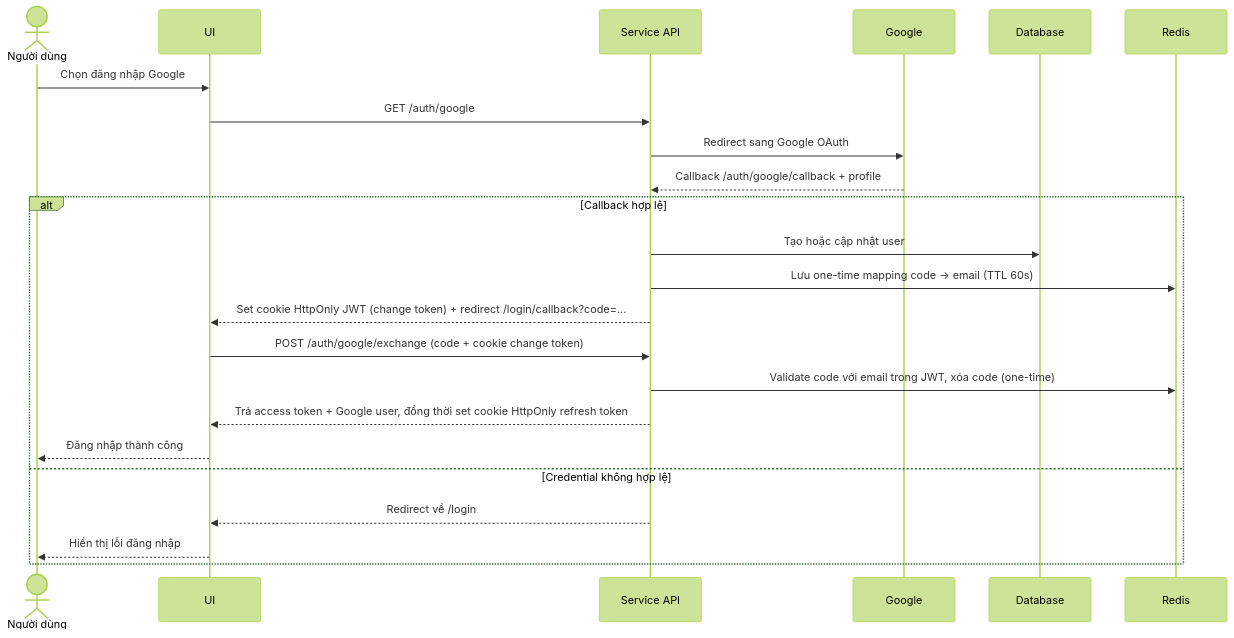
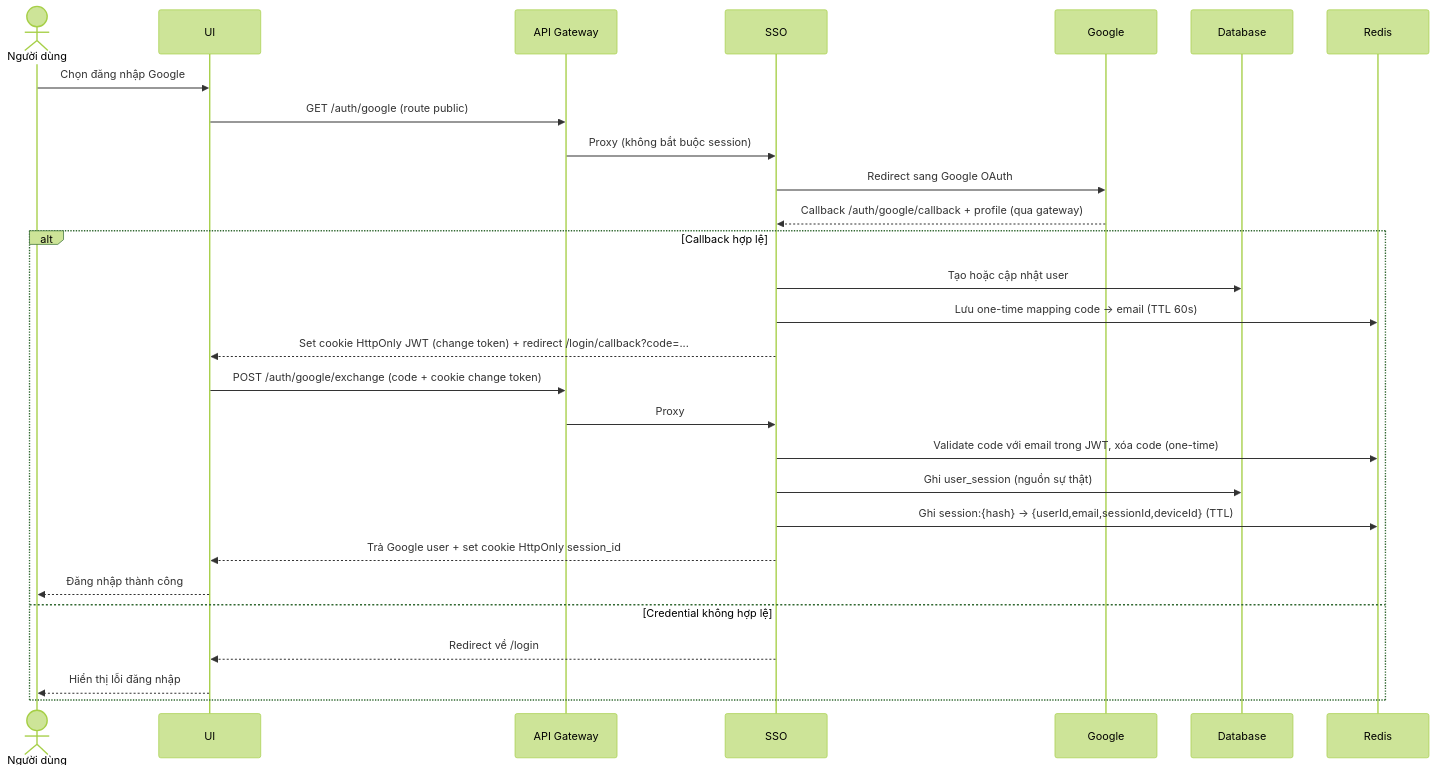
One commit to CVThien2k2/joytab changed the second of 6 diagrams in docs/thiet-ke-he-thong-20260522.md. Above: the diagram before and after it, drawn with Mermaid (forest theme). The commit also changed other lines of this file and 3 other files, not shown here.

Commit message:
docs: reflect api-gateway + sso edge-auth architecture

````diff
--- a/docs/thiet-ke-he-thong-20260522.md
+++ b/docs/thiet-ke-he-thong-20260522.md
@@ -40,26 +47,31 @@
 ```mermaid
 sequenceDiagram
   actor ND as Người dùng
   participant UI
-  participant API as Service API
+  participant GW as API Gateway
+  participant API as SSO
   participant GG as Google
   participant DB as Database
   participant RD as Redis
 
   ND->>UI: Chọn đăng nhập Google
-  UI->>API: GET /auth/google
+  UI->>GW: GET /auth/google (route public)
+  GW->>API: Proxy (không bắt buộc session)
   API->>GG: Redirect sang Google OAuth
-  GG-->>API: Callback /auth/google/callback + profile
+  GG-->>API: Callback /auth/google/callback + profile (qua gateway)
   alt Callback hợp lệ
     API->>DB: Tạo hoặc cập nhật user
     API->>RD: Lưu one-time mapping code -> email (TTL 60s)
     API-->>UI: Set cookie HttpOnly JWT (change token) + redirect /login/callback?code=...
-    UI->>API: POST /auth/google/exchange (code + cookie change token)
+    UI->>GW: POST /auth/google/exchange (code + cookie change token)
+    GW->>API: Proxy
     API->>RD: Validate code với email trong JWT, xóa code (one-time)
-    API-->>UI: Trả access token + Google user, đồng thời set cookie HttpOnly refresh token
+    API->>DB: Ghi user_session (nguồn sự thật)
+    API->>RD: Ghi session:{hash} -> {userId,email,sessionId,deviceId} (TTL)
+    API-->>UI: Trả Google user + set cookie HttpOnly session_id
     UI-->>ND: Đăng nhập thành công
   else Credential không hợp lệ
     API-->>UI: Redirect về /login
     UI-->>ND: Hiển thị lỗi đăng nhập
   end
 ```
````
